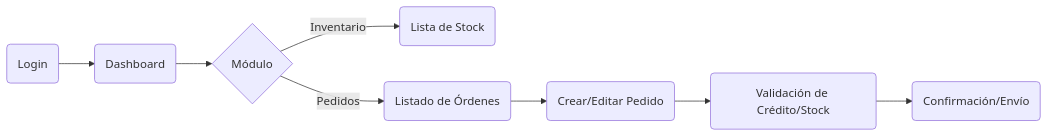
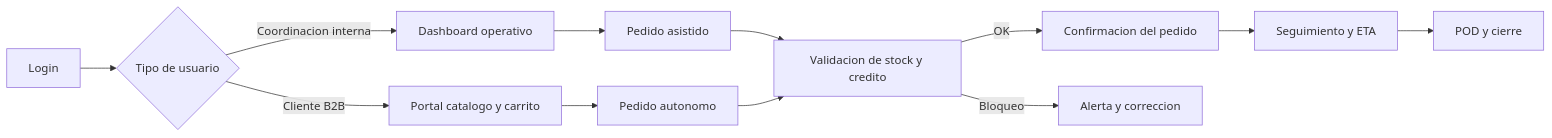
The first of 2 diagrams in report/40-chapter-4-product-design/4-4-web-applications-ux-ui-design.md (upc-pre-202610-1asi0730-12242-king/nexa-ecosystem-report), drawn with Mermaid before and after one commit. The commit also changed other lines of this file and 58 other files, not shown here.

````diff
--- a/report/40-chapter-4-product-design/4-4-web-applications-ux-ui-design.md
+++ b/report/40-chapter-4-product-design/4-4-web-applications-ux-ui-design.md
@@ -42,10 +128,14 @@
 ```mermaid
 graph LR
-    A(Login) --> B(Dashboard)
-    B --> C{Módulo}
-    C -->|Inventario| D(Lista de Stock)
-    C -->|Pedidos| E(Listado de Órdenes)
-    E --> F(Crear/Editar Pedido)
-    F --> G(Validación de Crédito/Stock)
-    G --> H(Confirmación/Envío)
+    A[Login] --> B{Tipo de usuario}
+    B -->|Coordinacion interna| C[Dashboard operativo]
+    B -->|Cliente B2B| D[Portal catalogo y carrito]
+    C --> E[Pedido asistido]
+    D --> F[Pedido autonomo]
+    E --> G[Validacion de stock y credito]
+    F --> G
+    G -->|OK| H[Confirmacion del pedido]
+    G -->|Bloqueo| I[Alerta y correccion]
+    H --> J[Seguimiento y ETA]
+    J --> K[POD y cierre]
 ```
````
